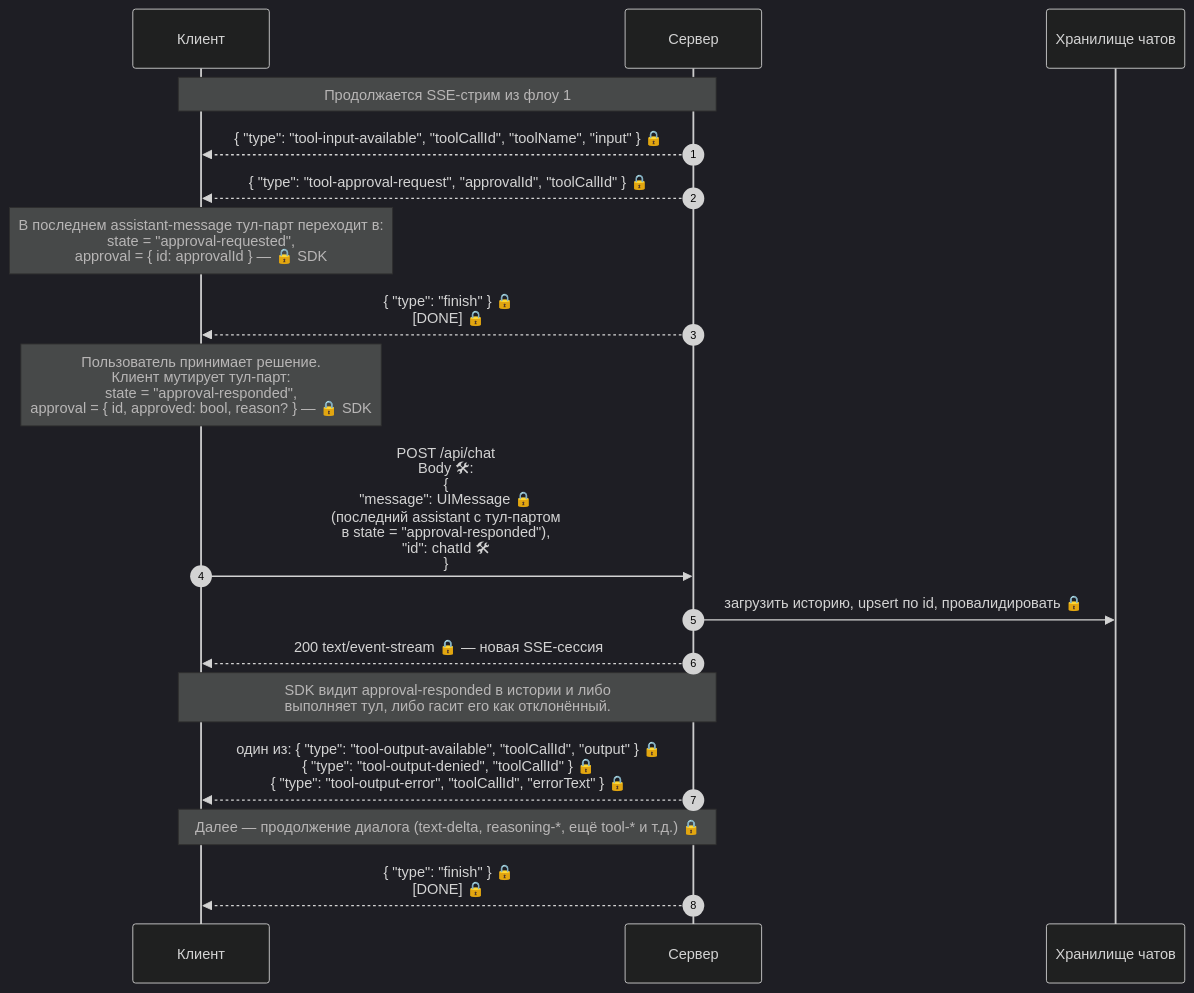
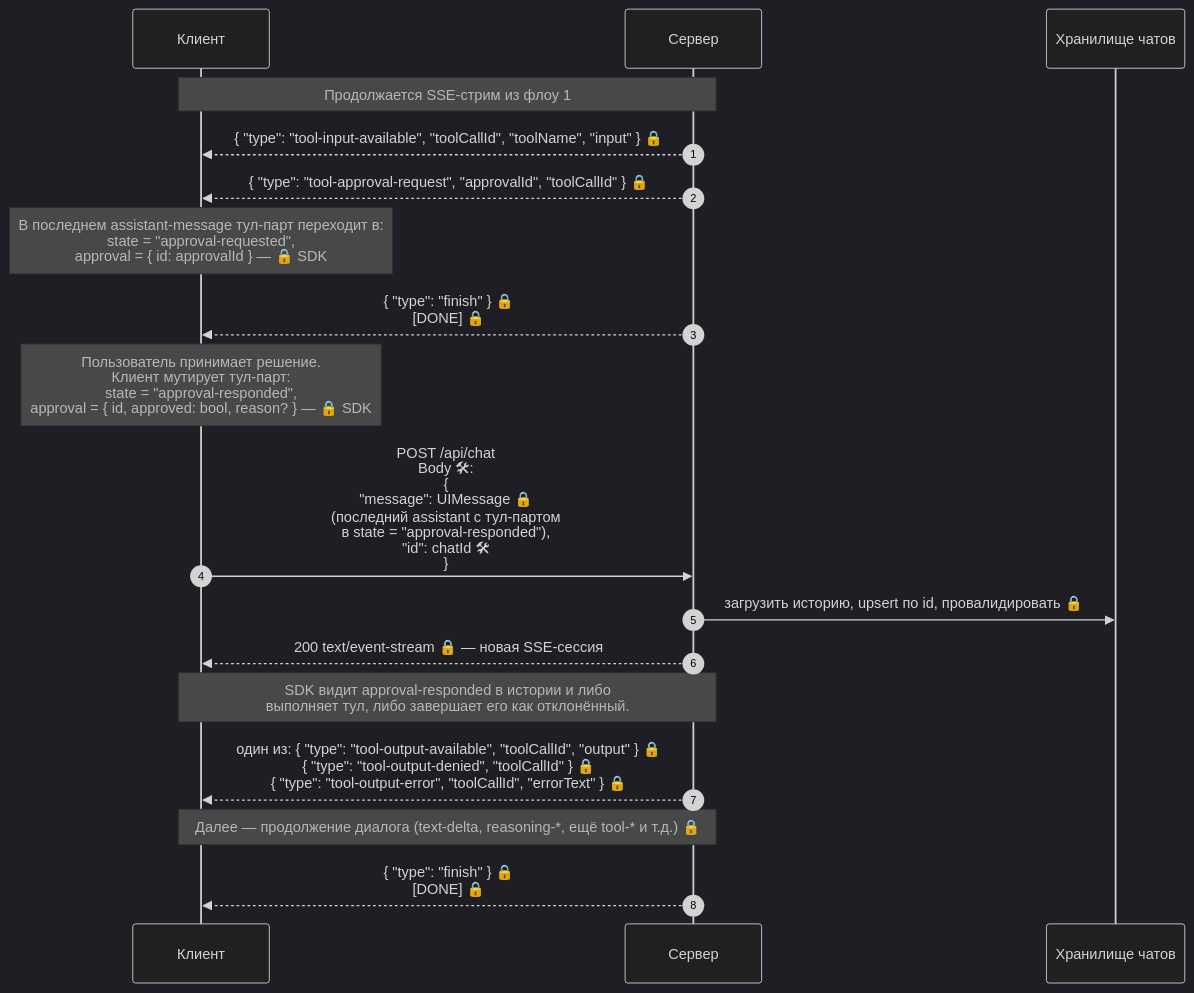
One commit to naknumberone/assistant-test changed the second of 3 diagrams in WORKFLOW.md. Above: the diagram before and after it, drawn with Mermaid (dark theme). The commit also changed other lines of this file, not shown here.

````diff
--- a/WORKFLOW.md
+++ b/WORKFLOW.md
@@ -156,31 +156,31 @@
 ```mermaid
 sequenceDiagram
     autonumber
     participant C as Клиент
     participant S as Сервер
     participant St as Хранилище чатов
 
     Note over C,S: Продолжается SSE-стрим из флоу 1
 
     S-->>C: { "type": "tool-input-available",   "toolCallId", "toolName", "input" } 🔒
     S-->>C: { "type": "tool-approval-request",  "approvalId", "toolCallId" }        🔒
 
     Note over C: В последнем assistant-message тул-парт переходит в:<br/>state = "approval-requested",<br/>approval = { id: approvalId } — 🔒 SDK
 
     S-->>C: { "type": "finish" } 🔒<br/>[DONE] 🔒
 
     Note over C: Пользователь принимает решение.<br/>Клиент мутирует тул-парт:<br/>state = "approval-responded",<br/>approval = { id, approved: bool, reason? }  — 🔒 SDK
 
     C->>S: POST /api/chat<br/>Body 🛠:<br/>{<br/>  "message": UIMessage 🔒<br/>    (последний assistant с тул-партом<br/>     в state = "approval-responded"),<br/>  "id": chatId 🛠<br/>}
 
     S->>St: загрузить историю, upsert по id, провалидировать 🔒
     S-->>C: 200 text/event-stream 🔒  — новая SSE-сессия
 
-    Note over C,S: SDK видит approval-responded в истории и либо<br/>выполняет тул, либо гасит его как отклонённый.
+    Note over C,S: SDK видит approval-responded в истории и либо<br/>выполняет тул, либо завершает его как отклонённый.
 
     S-->>C: один из: { "type": "tool-output-available",  "toolCallId", "output" }  🔒<br/>                { "type": "tool-output-denied",     "toolCallId" }           🔒<br/>                { "type": "tool-output-error",      "toolCallId", "errorText" } 🔒
 
     Note over C,S: Далее — продолжение диалога (text-delta, reasoning-*, ещё tool-* и т.д.) 🔒
 
     S-->>C: { "type": "finish" } 🔒<br/>[DONE] 🔒
 ```
````
